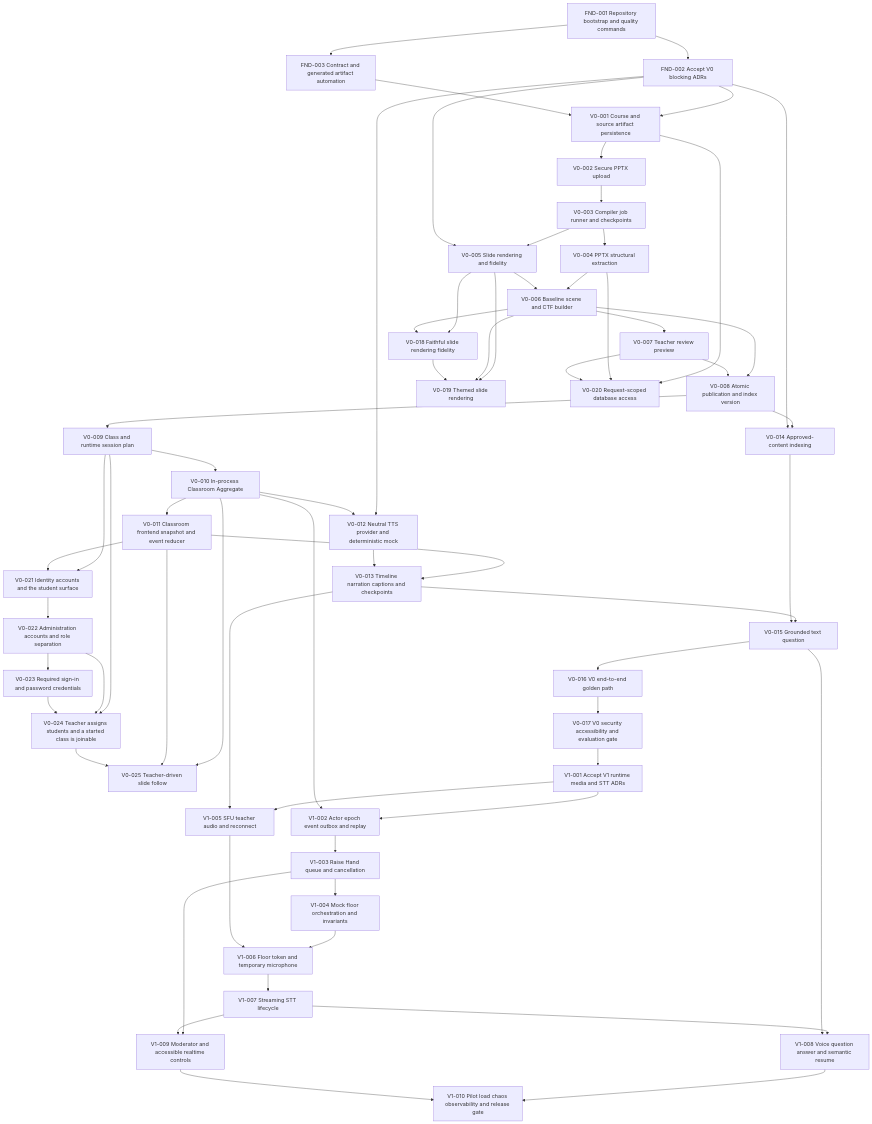
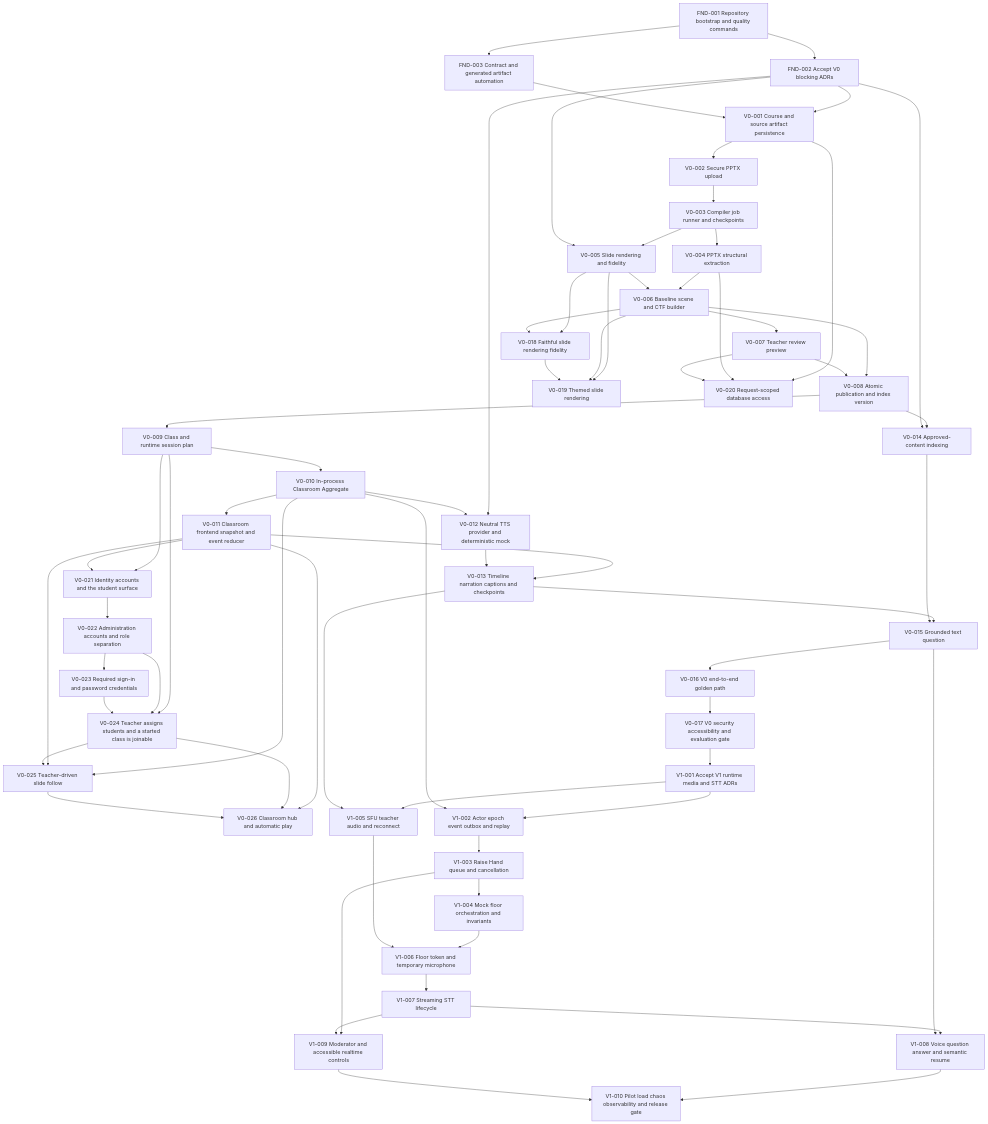
The diagram in tasks/DEPENDENCY_GRAPH.md (dnguyen24498/Mentora), drawn with Mermaid before and after one commit. The commit also changed 26 other files, not shown here.

First line of the commit message:
V0-026: one classroom hub with automatic slide play

```diff
--- a/tasks/DEPENDENCY_GRAPH.md
+++ b/tasks/DEPENDENCY_GRAPH.md
@@ -75,6 +75,10 @@
   V0_010 --> V0_025
   V0_011 --> V0_025
   V0_024 --> V0_025
+  V0_026["V0-026 Classroom hub and automatic play"]
+  V0_011 --> V0_026
+  V0_024 --> V0_026
+  V0_025 --> V0_026
   V1_001["V1-001 Accept V1 runtime media and STT ADRs"]
   V0_017 --> V1_001
   V1_002["V1-002 Actor epoch event outbox and replay"]
```
